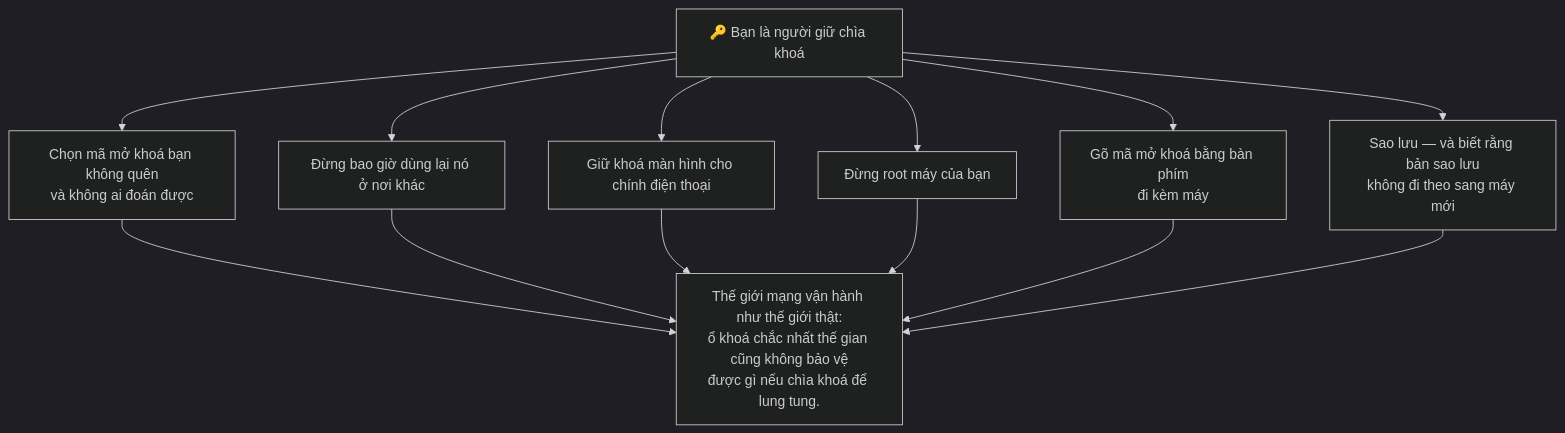
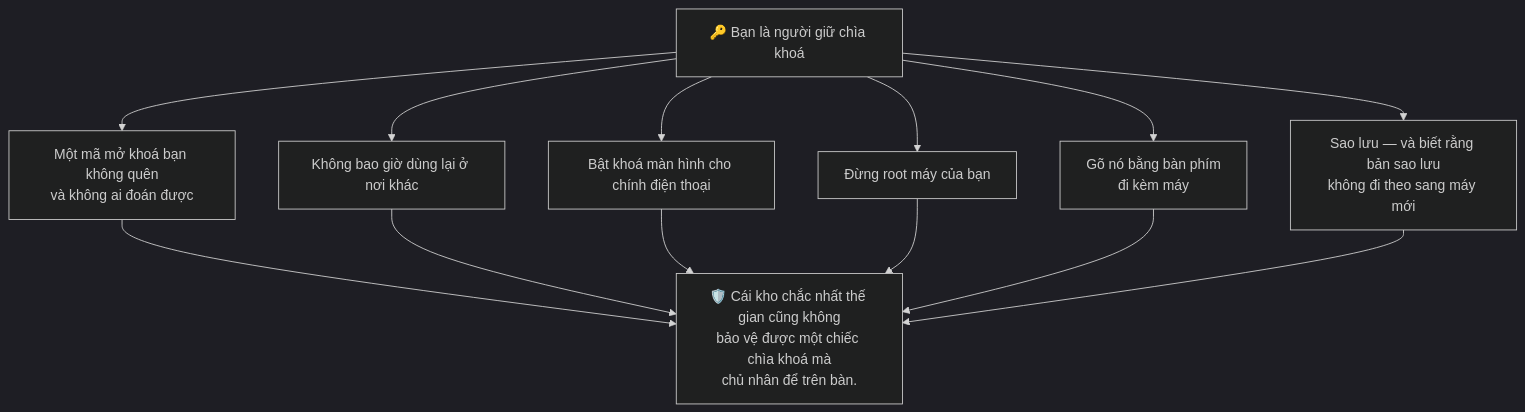
Diagram 11 of 11 in i18n/vi/docusaurus-plugin-content-docs/current/attack-scenarios.md (TuPhung369/passwordepic-website), drawn with Mermaid (dark theme) before and after one commit. The commit also changed other lines of this file and 6 other files, not shown here.

````diff
--- a/i18n/vi/docusaurus-plugin-content-docs/current/attack-scenarios.md
+++ b/i18n/vi/docusaurus-plugin-content-docs/current/attack-scenarios.md
@@ -247,15 +493,15 @@
 ```mermaid
 flowchart TD
-  A["🔑 Bạn là người giữ chìa khoá"] --> B["Chọn mã mở khoá bạn không quên<br/>và không ai đoán được"]
-  A --> C["Đừng bao giờ dùng lại nó ở nơi khác"]
-  A --> D["Giữ khoá màn hình cho chính điện thoại"]
+  A["🔑 Bạn là người giữ chìa khoá"] --> B["Một mã mở khoá bạn không quên<br/>và không ai đoán được"]
+  A --> C["Không bao giờ dùng lại ở nơi khác"]
+  A --> D["Bật khoá màn hình cho chính điện thoại"]
   A --> E["Đừng root máy của bạn"]
-  A --> F["Gõ mã mở khoá bằng bàn phím<br/>đi kèm máy"]
+  A --> F["Gõ nó bằng bàn phím<br/>đi kèm máy"]
   A --> G["Sao lưu — và biết rằng bản sao lưu<br/>không đi theo sang máy mới"]
-  B --> H["Thế giới mạng vận hành như thế giới thật:<br/>ổ khoá chắc nhất thế gian cũng không bảo vệ<br/>được gì nếu chìa khoá để lung tung."]
+  B --> H["🛡️ Cái kho chắc nhất thế gian cũng không<br/>bảo vệ được một chiếc chìa khoá mà<br/>chủ nhân để trên bàn."]
   C --> H
   D --> H
   E --> H
   F --> H
   G --> H
 ```
````
